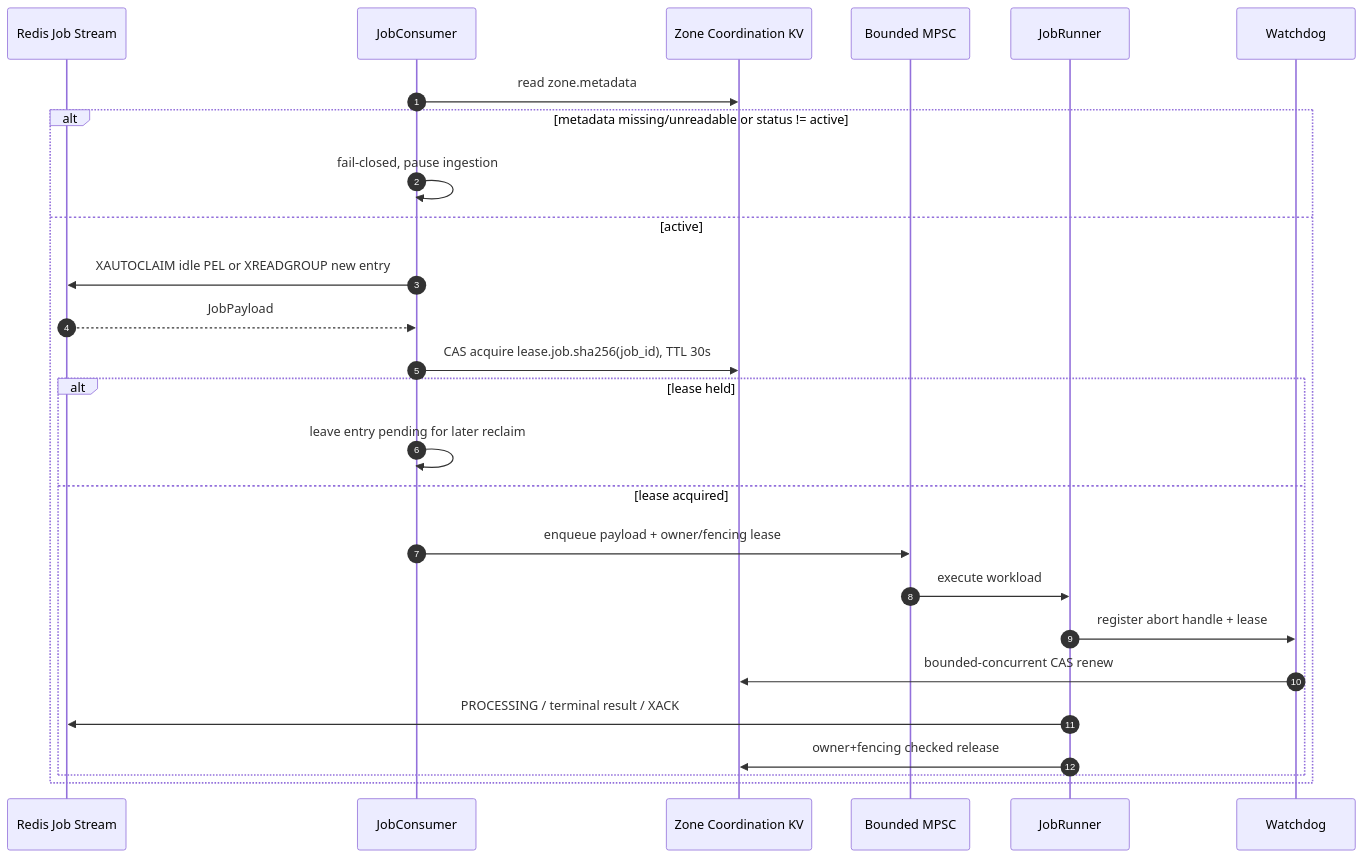
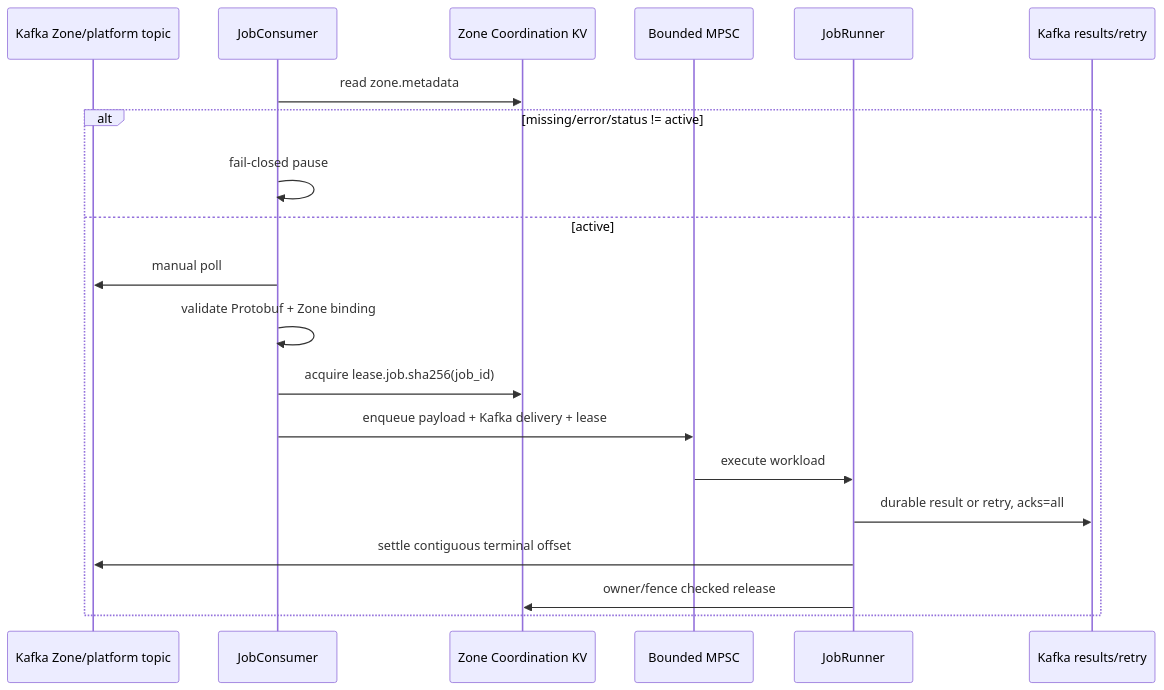
The diagram in dataplane/README.md (phucle996/aurora), drawn with Mermaid before and after one commit. The commit also changed other lines of this file and 91 other files, not shown here.

Commit message:
feat: migrate job-orchestrator and dataplane communication from Redis PubSub to Kafka transport layer

````diff
--- a/dataplane/README.md
+++ b/dataplane/README.md
@@ -21,29 +29,23 @@
 ```mermaid
 sequenceDiagram
-    autonumber
-    participant RJ as Redis Job Stream
+    participant K as Kafka Zone/platform topic
     participant JC as JobConsumer
     participant KV as Zone Coordination KV
     participant Q as Bounded MPSC
     participant JR as JobRunner
-    participant WD as Watchdog
+    participant RK as Kafka results/retry
 
     JC->>KV: read zone.metadata
-    alt metadata missing/unreadable or status != active
-        JC->>JC: fail-closed, pause ingestion
+    alt missing/error/status != active
+        JC->>JC: fail-closed pause
     else active
-        JC->>RJ: XAUTOCLAIM idle PEL or XREADGROUP new entry
-        RJ-->>JC: JobPayload
-        JC->>KV: CAS acquire lease.job.sha256(job_id), TTL 30s
-        alt lease held
-            JC->>JC: leave entry pending for later reclaim
-        else lease acquired
-            JC->>Q: enqueue payload + owner/fencing lease
-            Q->>JR: execute workload
-            JR->>WD: register abort handle + lease
-            WD->>KV: bounded-concurrent CAS renew
-            JR->>RJ: PROCESSING / terminal result / XACK
-            JR->>KV: owner+fencing checked release
-        end
+        JC->>K: manual poll
+        JC->>JC: validate Protobuf + Zone binding
+        JC->>KV: acquire lease.job.sha256(job_id)
+        JC->>Q: enqueue payload + Kafka delivery + lease
+        Q->>JR: execute workload
+        JR->>RK: durable result or retry, acks=all
+        JR->>K: settle contiguous terminal offset
+        JR->>KV: owner/fence checked release
     end
 ```
````
